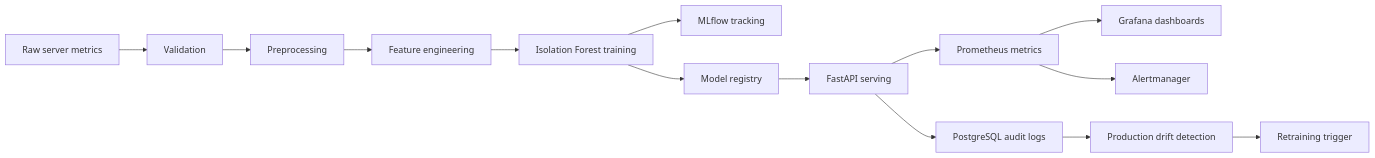
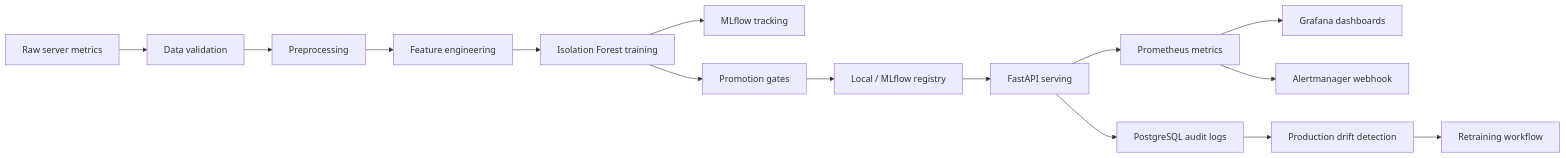
One commit to peaceful-fptu-k16/final_ddm501 changed the diagram in README.md. Above: the diagram before and after it, drawn with Mermaid. The commit also changed other lines of this file and 29 other files, not shown here.

````diff
--- a/README.md
+++ b/README.md
@@ -41,16 +50,17 @@
 ```mermaid
 flowchart LR
-    A["Raw server metrics"] --> B["Validation"]
+    A["Raw server metrics"] --> B["Data validation"]
     B --> C["Preprocessing"]
     C --> D["Feature engineering"]
     D --> E["Isolation Forest training"]
     E --> F["MLflow tracking"]
-    E --> G["Model registry"]
-    G --> H["FastAPI serving"]
-    H --> I["PostgreSQL audit logs"]
-    H --> J["Prometheus metrics"]
-    J --> K["Grafana dashboards"]
-    J --> L["Alertmanager"]
-    I --> M["Production drift detection"]
-    M --> N["Retraining trigger"]
+    E --> G["Promotion gates"]
+    G --> H["Local / MLflow registry"]
+    H --> I["FastAPI serving"]
+    I --> J["PostgreSQL audit logs"]
+    I --> K["Prometheus metrics"]
+    K --> L["Grafana dashboards"]
+    K --> M["Alertmanager webhook"]
+    J --> N["Production drift detection"]
+    N --> O["Retraining workflow"]
 ```
````
